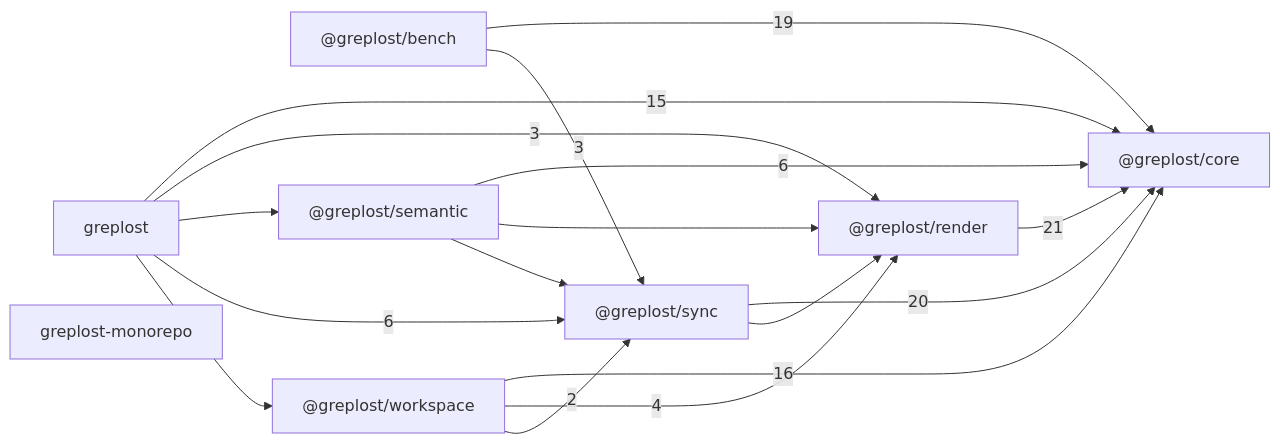
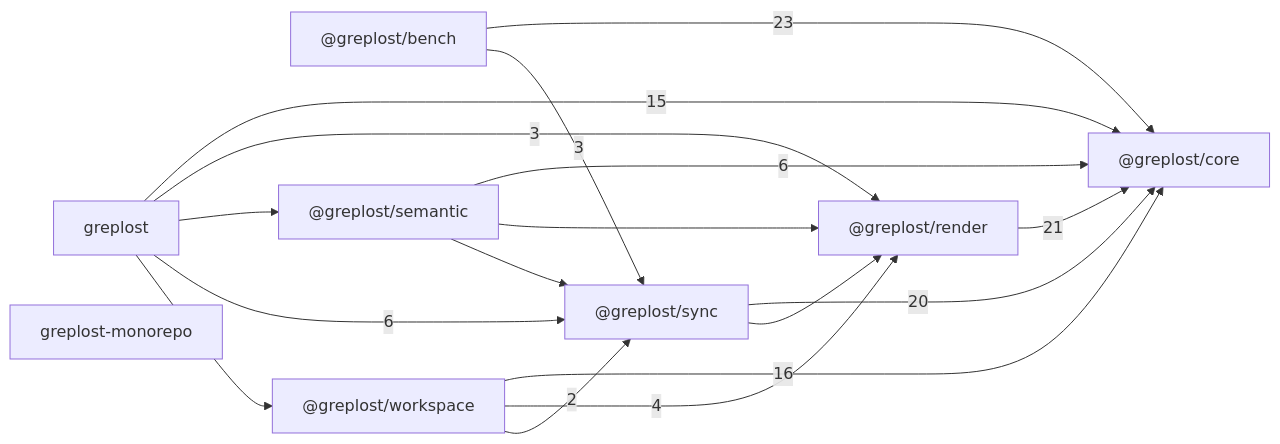
Before and after one commit to sns45/greplost: the diagram in .greplost/repo/MAP.md, drawn with Mermaid. The commit also changed other lines of this file and 167 other files, not shown here.

First line of the commit message:
feat(build2): seam - schema 2, langOf, seven grammars, dispatch stubs, signals, references, bench harness

````diff
--- a/.greplost/repo/MAP.md
+++ b/.greplost/repo/MAP.md
@@ -21,27 +21,27 @@
 ```mermaid
 graph LR
   _greplost_bench["@greplost/bench"]
   _greplost_core["@greplost/core"]
   _greplost_render["@greplost/render"]
   _greplost_semantic["@greplost/semantic"]
   _greplost_sync["@greplost/sync"]
   _greplost_workspace["@greplost/workspace"]
   greplost["greplost"]
   greplost_monorepo["greplost-monorepo"]
-  _greplost_bench -->|19| _greplost_core
+  _greplost_bench -->|23| _greplost_core
   _greplost_bench -->|3| _greplost_sync
   _greplost_render -->|21| _greplost_core
   _greplost_semantic -->|6| _greplost_core
   _greplost_semantic --> _greplost_render
   _greplost_semantic --> _greplost_sync
   _greplost_sync -->|20| _greplost_core
   _greplost_sync --> _greplost_render
   _greplost_workspace -->|16| _greplost_core
   _greplost_workspace -->|4| _greplost_render
   _greplost_workspace -->|2| _greplost_sync
   greplost -->|15| _greplost_core
   greplost -->|3| _greplost_render
   greplost --> _greplost_semantic
   greplost -->|6| _greplost_sync
   greplost --> _greplost_workspace
 ```
````
